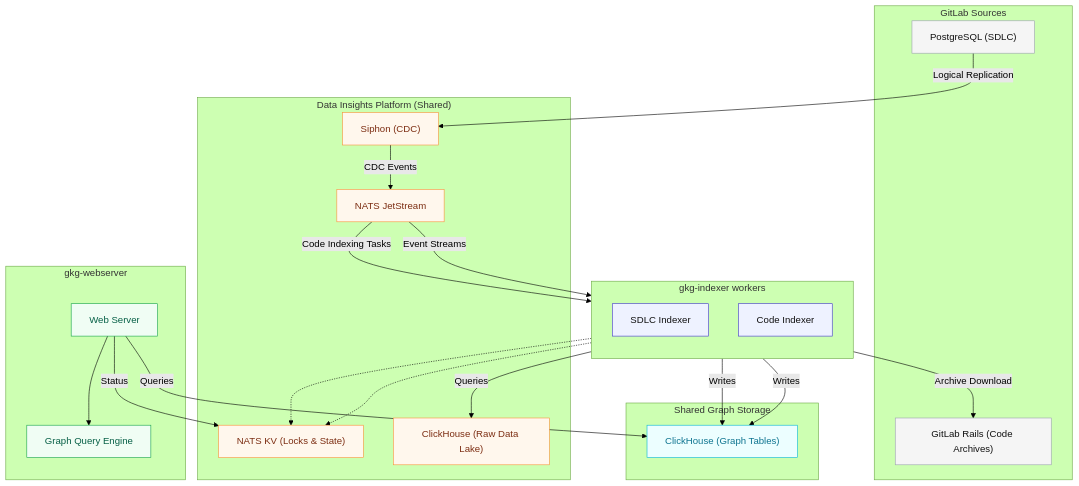
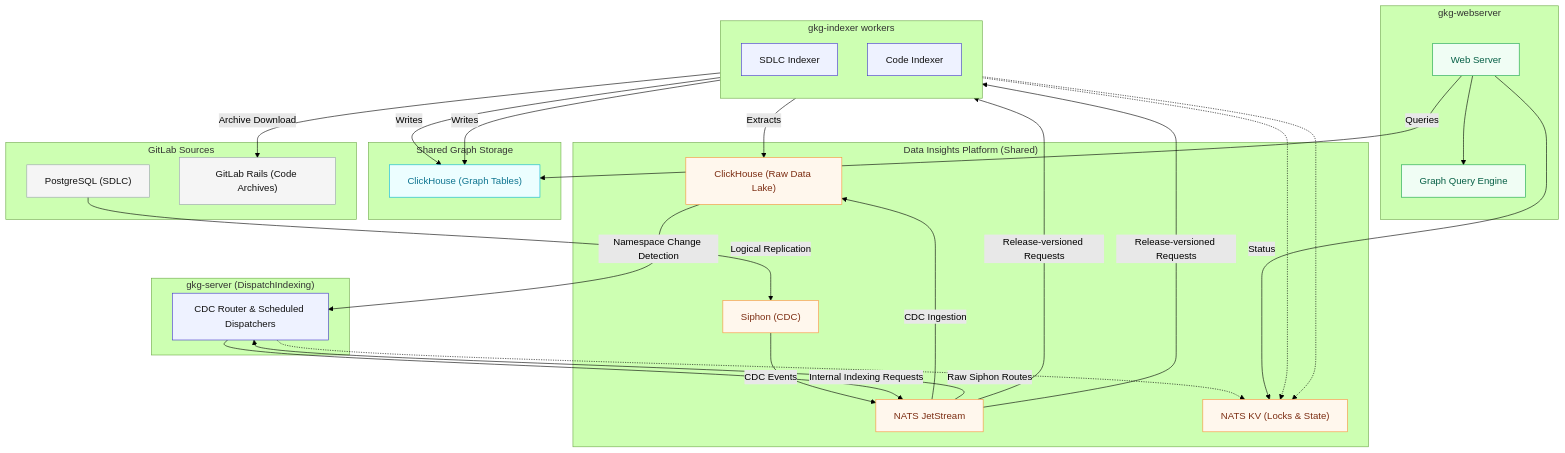
One commit to gitlabhq/orbit-knowledge-graph changed the diagram in docs/design-documents/indexing/README.md. Above: the diagram before and after it, drawn with Mermaid (forest theme). The commit also changed other lines of this file and 4 other files, not shown here.

````diff
--- a/docs/design-documents/indexing/README.md
+++ b/docs/design-documents/indexing/README.md
@@ -27,61 +27,70 @@
 ```mermaid
 flowchart TD
   %% === Shared Infrastructure ===
   subgraph SOURCES["GitLab Sources"]
     PG["PostgreSQL (SDLC)"]
     Rails["GitLab Rails (Code Archives)"]
   end
 
   subgraph DIP["Data Insights Platform (Shared)"]
     SYP["Siphon (CDC)"]
     JS["NATS JetStream"]
     KV["NATS KV (Locks & State)"]
     CH_RAW["ClickHouse (Raw Data Lake)"]
+  end
+
+  subgraph DISPATCHER["gkg-server (DispatchIndexing)"]
+    DISPATCH["CDC Router & Scheduled Dispatchers"]
   end
 
   subgraph INDEXERS["gkg-indexer workers"]
     direction TB
     SDLC_IDX["SDLC Indexer"]
     CODE_IDX["Code Indexer"]
   end
 
   subgraph STORAGE["Shared Graph Storage"]
     CH_GRAPH["ClickHouse (Graph Tables)"]
   end
 
   subgraph QUERY["gkg-webserver"]
     WEB["Web Server"]
     QE["Graph Query Engine"]
   end
 
   %% === Data Flow ===
   PG -- Logical Replication --> SYP
   SYP -- CDC Events --> JS
-  JS -- Event Streams --> SDLC_IDX
-  JS -- Code Indexing Tasks --> CODE_IDX
+  JS -- CDC Ingestion --> CH_RAW
+  JS -- Raw Siphon Routes --> DISPATCH
+  CH_RAW -- Namespace Change Detection --> DISPATCH
+  DISPATCH -- Internal Indexing Requests --> JS
+  JS -- Release-versioned Requests --> SDLC_IDX
+  JS -- Release-versioned Requests --> CODE_IDX
   CODE_IDX -- Archive Download --> Rails
 
-  SDLC_IDX -- Queries --> CH_RAW
+  SDLC_IDX -- Extracts --> CH_RAW
   SDLC_IDX -- Writes --> CH_GRAPH
   CODE_IDX -- Writes --> CH_GRAPH
 
+  DISPATCH -.-> KV
   SDLC_IDX -.-> KV
   CODE_IDX -.-> KV
 
   WEB -- Queries --> CH_GRAPH
   WEB -- Status --> KV
   WEB --> QE
 
   %% === Styling ===
   classDef source fill:#f5f5f5,stroke:#9ca3af,color:#111
   classDef platform fill:#fff7ed,stroke:#fb923c,color:#7c2d12
   classDef indexer fill:#eef2ff,stroke:#4338ca,color:#111
   classDef storage fill:#ecfeff,stroke:#06b6d4,color:#0e7490
   classDef query fill:#f0fdf4,stroke:#16a34a,color:#065f46
 
   class PG,Rails source
   class SYP,JS,KV,CH_RAW platform
-  class SDLC_IDX,CODE_IDX indexer
+  class DISPATCH,SDLC_IDX,CODE_IDX indexer
   class CH_GRAPH storage
   class WEB,QE query
 ```
````
